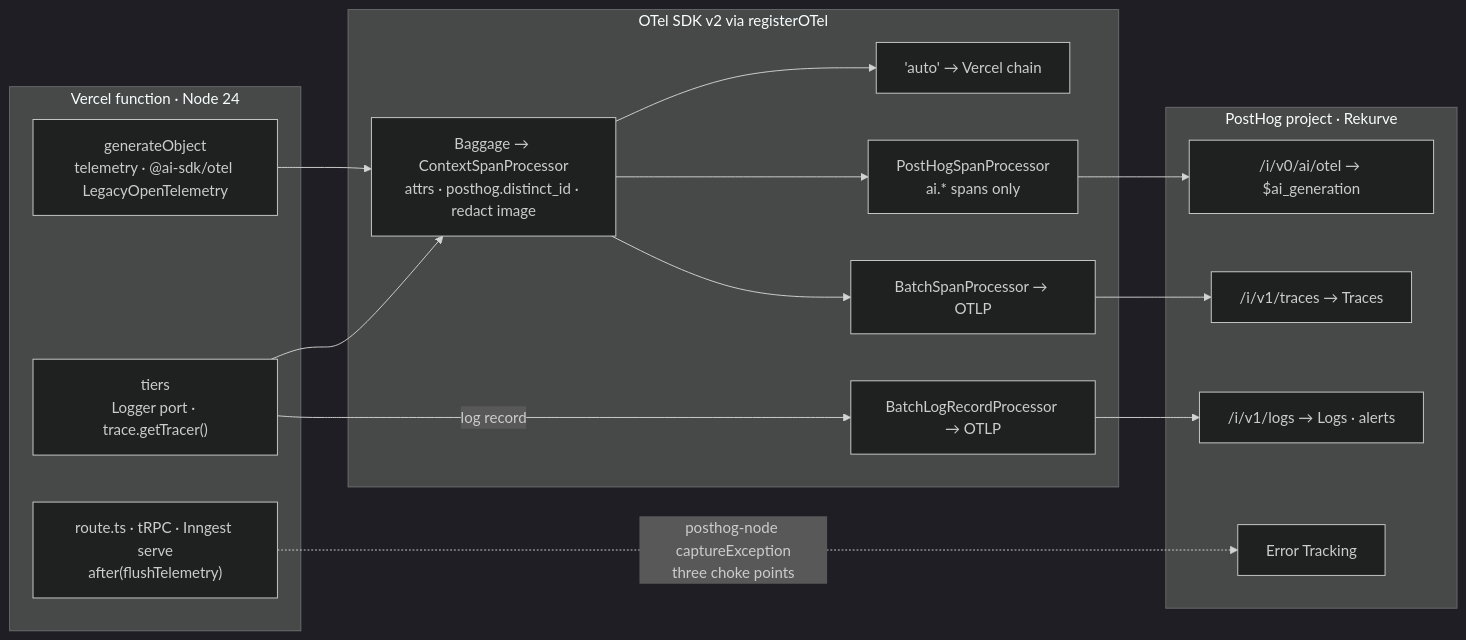
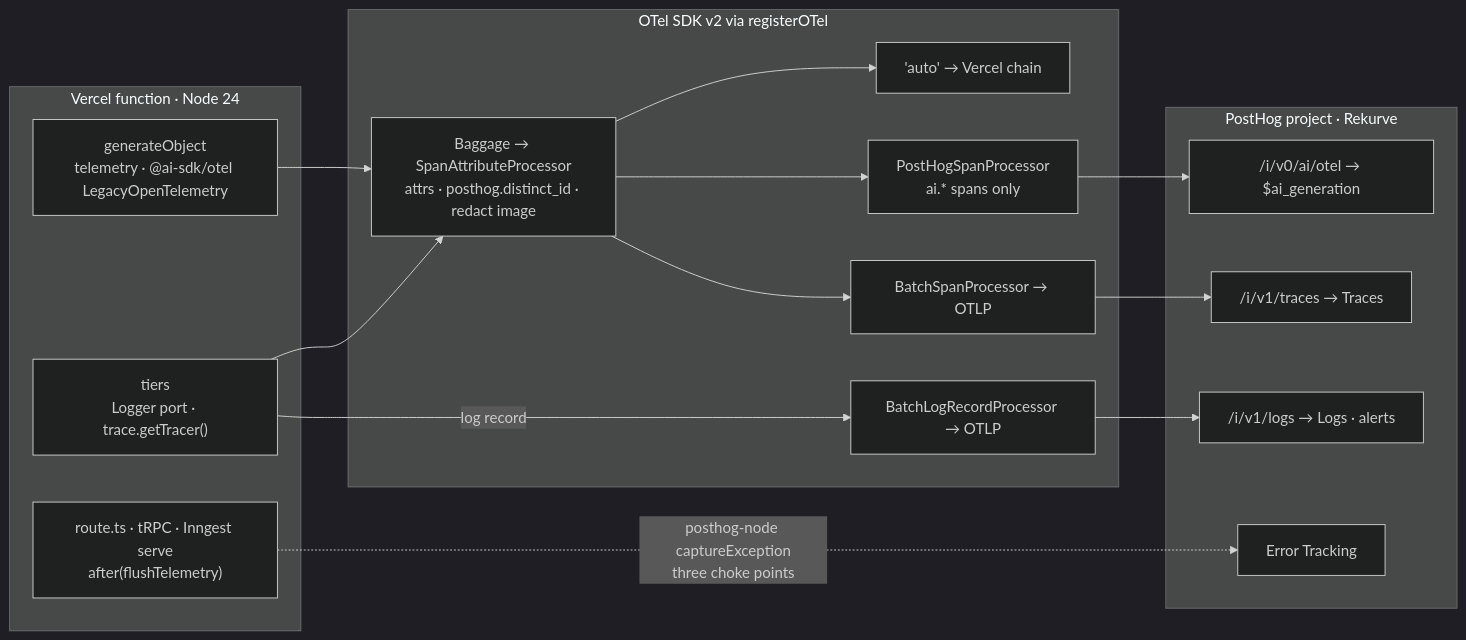
Before and after one commit to samjmarshall/personal-finance: the diagram in docs/adr/adr015-posthog-over-opentelemetry-via-vercel-otel.md, drawn with Mermaid (dark theme). The commit also changed other lines of this file and 2 other files, not shown here.

````diff
--- a/docs/adr/adr015-posthog-over-opentelemetry-via-vercel-otel.md
+++ b/docs/adr/adr015-posthog-over-opentelemetry-via-vercel-otel.md
@@ -84,28 +84,28 @@
 ```mermaid
 flowchart LR
   subgraph F["Vercel function · Node 24"]
     E["route.ts · tRPC · Inngest serve<br/>after(flushTelemetry)"]
     T["tiers<br/>Logger port · trace.getTracer()"]
     G["generateObject<br/>telemetry · @ai-sdk/otel LegacyOpenTelemetry"]
   end
   subgraph S["OTel SDK v2 via registerOTel"]
-    C["Baggage → ContextSpanProcessor<br/>attrs · posthog.distinct_id · redact image"]
+    C["Baggage → SpanAttributeProcessor<br/>attrs · posthog.distinct_id · redact image"]
     A["'auto' → Vercel chain"]
     P["PostHogSpanProcessor<br/>ai.* spans only"]
     B["BatchSpanProcessor → OTLP"]
     L["BatchLogRecordProcessor → OTLP"]
   end
   subgraph H["PostHog project · Rekurve"]
     H1["/i/v0/ai/otel → $ai_generation"]
     H2["/i/v1/traces → Traces"]
     H3["/i/v1/logs → Logs · alerts"]
     H4["Error Tracking"]
   end
   T --> C
   G --> C
   C --> A
   C --> P --> H1
   C --> B --> H2
   T -->|log record| L --> H3
   E -.->|posthog-node captureException<br/>three choke points| H4
 ```
````
